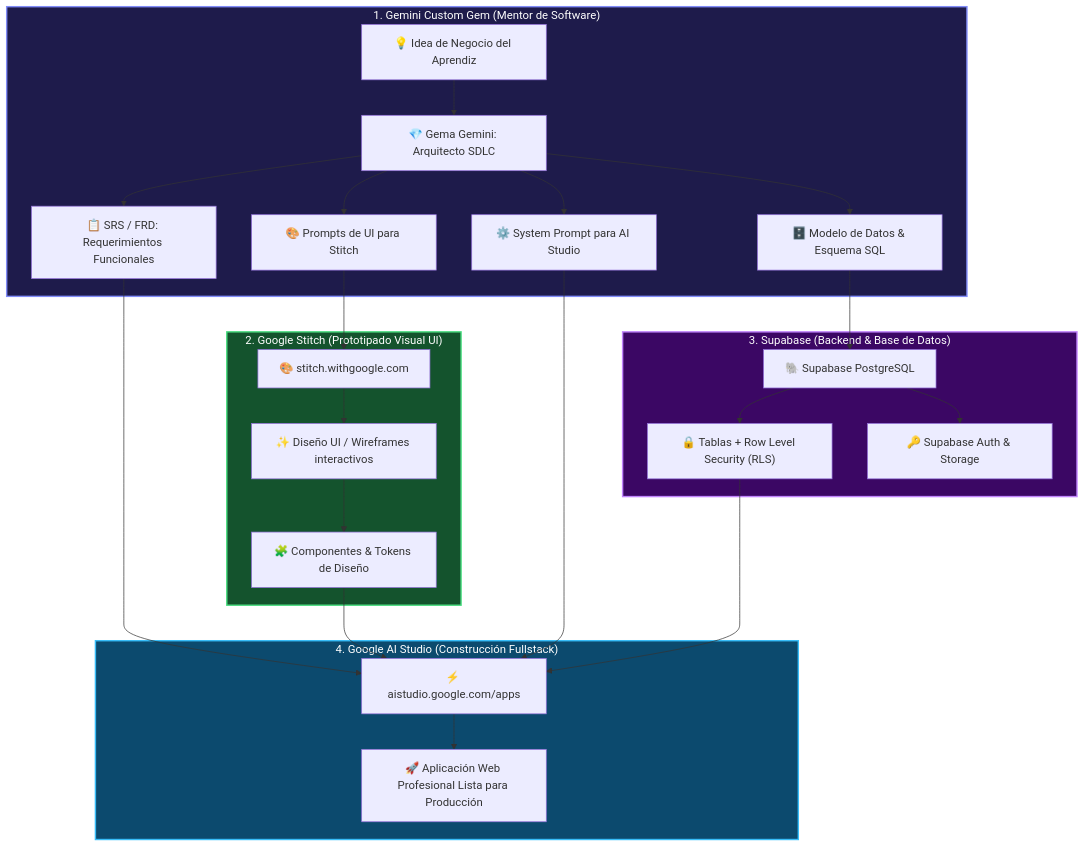
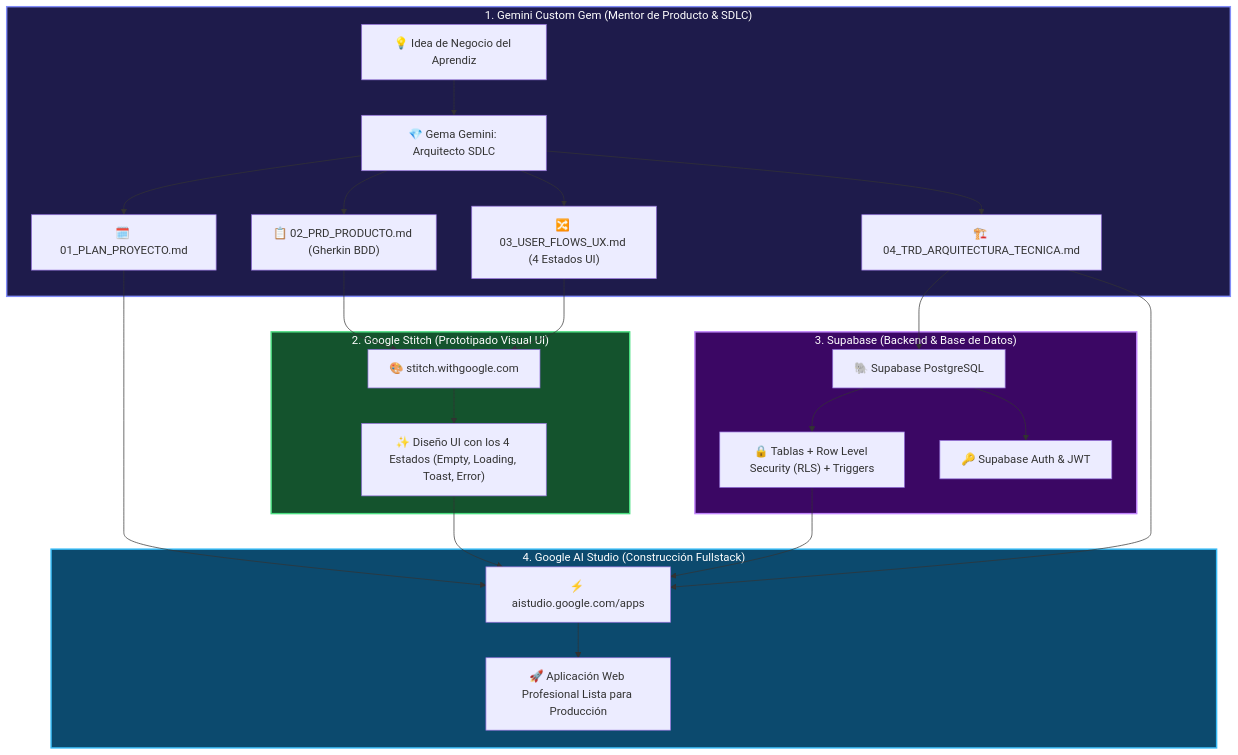
Before and after one commit to miuguelt/guia-desarrollo-guiado: the diagram in README.md, drawn with Mermaid. The commit also changed other lines of this file and 16 other files, not shown here.

First line of the commit message:
Add SDLC tetralogy docs and Stitch catalog

````diff
--- a/README.md
+++ b/README.md
@@ -12,35 +12,35 @@
 ```mermaid
 flowchart TD
-    subgraph FASE1["1. Gemini Custom Gem (Mentor de Software)"]
+    subgraph FASE1["1. Gemini Custom Gem (Mentor de Producto & SDLC)"]
         A["💡 Idea de Negocio del Aprendiz"] --> B["💎 Gema Gemini: Arquitecto SDLC"]
-        B --> C["📋 SRS / FRD: Requerimientos Funcionales"]
-        B --> D["🗄️ Modelo de Datos & Esquema SQL"]
-        B --> E["🎨 Prompts de UI para Stitch"]
-        B --> F["⚙️ System Prompt para AI Studio"]
+        B --> C1["🗓️ 01_PLAN_PROYECTO.md"]
+        B --> C2["📋 02_PRD_PRODUCTO.md (Gherkin BDD)"]
+        B --> C3["🔀 03_USER_FLOWS_UX.md (4 Estados UI)"]
+        B --> C4["🏗️ 04_TRD_ARQUITECTURA_TECNICA.md"]
     end
 
     subgraph FASE2["2. Google Stitch (Prototipado Visual UI)"]
-        E --> G["🎨 stitch.withgoogle.com"]
-        G --> H["✨ Diseño UI / Wireframes interactivos"]
-        H --> I["🧩 Componentes & Tokens de Diseño"]
+        C2 --> G["🎨 stitch.withgoogle.com"]
+        C3 --> G
+        G --> H["✨ Diseño UI con los 4 Estados (Empty, Loading, Toast, Error)"]
     end
 
     subgraph FASE3["3. Supabase (Backend & Base de Datos)"]
-        D --> J["🐘 Supabase PostgreSQL"]
-        J --> K["🔒 Tablas + Row Level Security (RLS)"]
-        J --> L["🔑 Supabase Auth & Storage"]
+        C4 --> J["🐘 Supabase PostgreSQL"]
+        J --> K["🔒 Tablas + Row Level Security (RLS) + Triggers"]
+        J --> L["🔑 Supabase Auth & JWT"]
     end
 
     subgraph FASE4["4. Google AI Studio (Construcción Fullstack)"]
-        C --> M["⚡ aistudio.google.com/apps"]
-        I --> M
-        F --> M
+        C1 --> M["⚡ aistudio.google.com/apps"]
+        H --> M
         K --> M
+        C4 --> M
         M --> N["🚀 Aplicación Web Profesional Lista para Producción"]
     end
 
     style FASE1 fill:#1e1b4b,stroke:#818cf8,stroke-width:2px,color:#fff
     style FASE2 fill:#14532d,stroke:#4ade80,stroke-width:2px,color:#fff
     style FASE3 fill:#3b0764,stroke:#c084fc,stroke-width:2px,color:#fff
     style FASE4 fill:#0c4a6e,stroke:#38bdf8,stroke-width:2px,color:#fff
 ```
````
